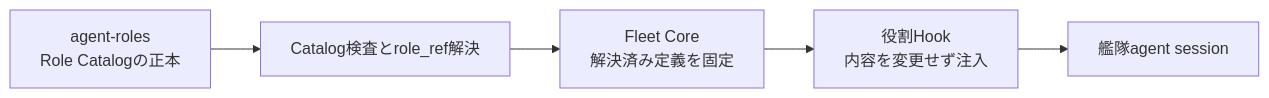
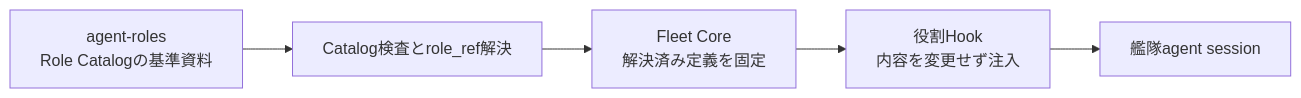
One commit to nakamori-naoya/agent-fleet-plugins changed the third of 4 diagrams in docs/2026-09-01-エージェント艦隊-役割Hookの実行契機と責務.md. Above: the diagram before and after it, drawn with Mermaid. The commit also changed other lines of this file and 20 other files, not shown here.

````diff
--- a/docs/2026-09-01-エージェント艦隊-役割Hookの実行契機と責務.md
+++ b/docs/2026-09-01-エージェント艦隊-役割Hookの実行契機と責務.md
@@ -97,10 +97,10 @@
 ```mermaid
 flowchart LR
-    RC[agent-roles<br/>Role Catalogの正本]
+    RC[agent-roles<br/>Role Catalogの基準資料]
     RV[Catalog検査とrole_ref解決]
     CORE[Fleet Core<br/>解決済み定義を固定]
     HOOK[役割Hook<br/>内容を変更せず注入]
     SESSION[艦隊agent session]
 
     RC --> RV --> CORE --> HOOK --> SESSION
 ```
````
